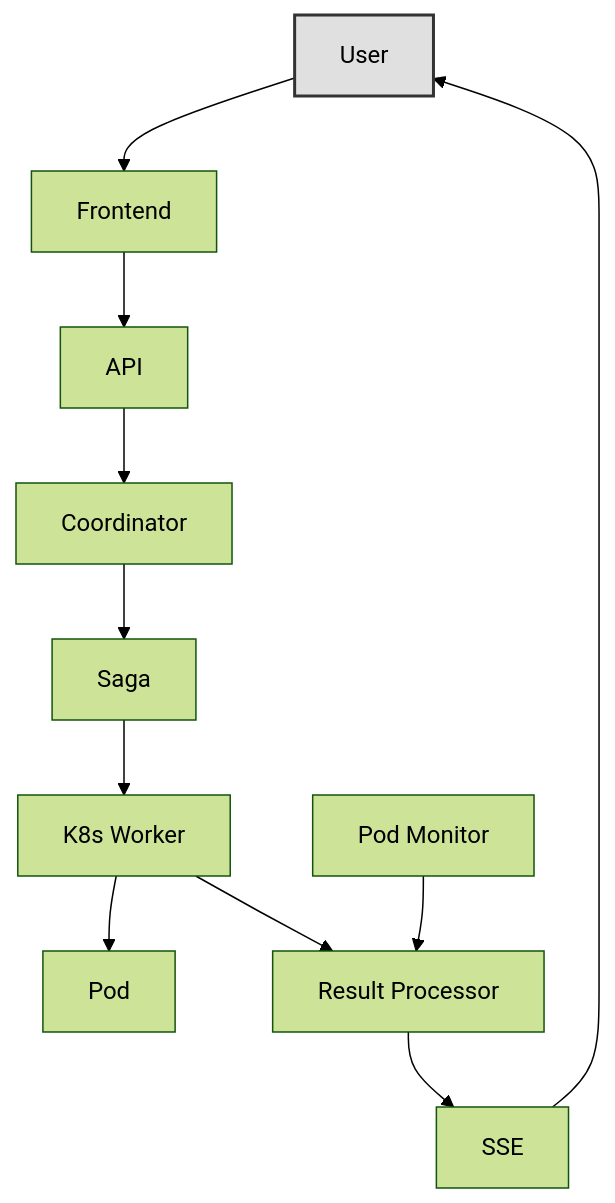
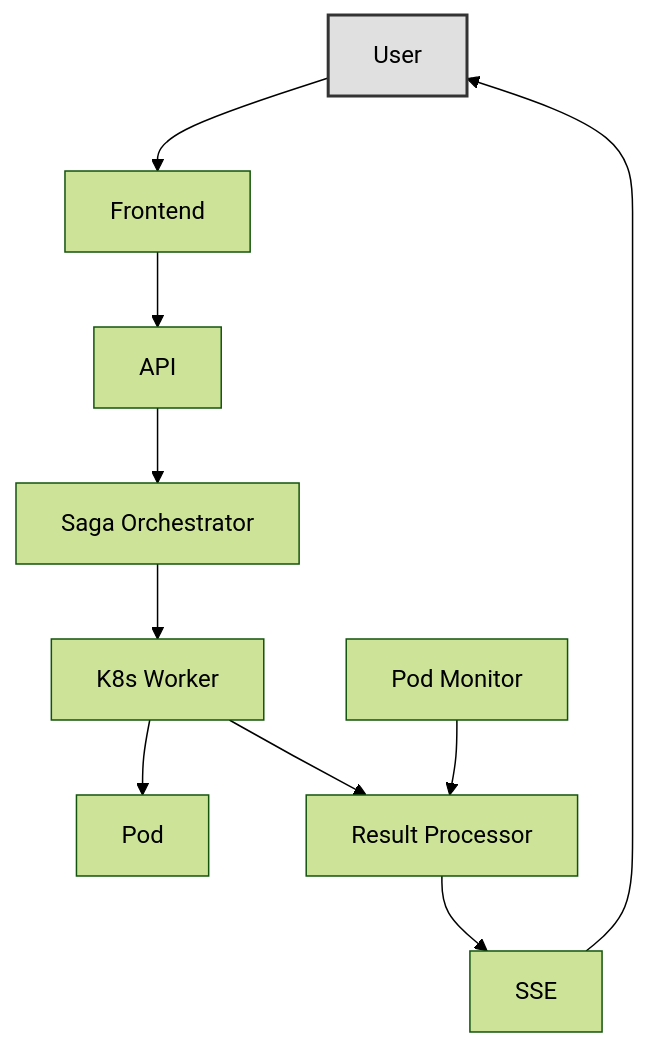
One commit to HardMax71/Integr8sCode changed the diagram in docs/index.md. Above: the diagram before and after it, drawn with Mermaid (forest theme). The commit also changed 16 other files, not shown here.

````diff
--- a/docs/index.md
+++ b/docs/index.md
@@ -59,14 +59,13 @@
 ```mermaid
 flowchart TB
     User:::userStyle --> Frontend
     Frontend --> API
-    API --> Coordinator
-    Coordinator --> Saga
+    API --> Saga[Saga Orchestrator]
     Saga --> K8sWorker[K8s Worker]
     K8sWorker --> Pod
     K8sWorker --> ResultProcessor[Result Processor]
     PodMonitor[Pod Monitor] --> ResultProcessor
     ResultProcessor --> SSE
     SSE --> User
     classDef userStyle fill:#e0e0e0,stroke:#333,stroke-width:2px
 ```
````
